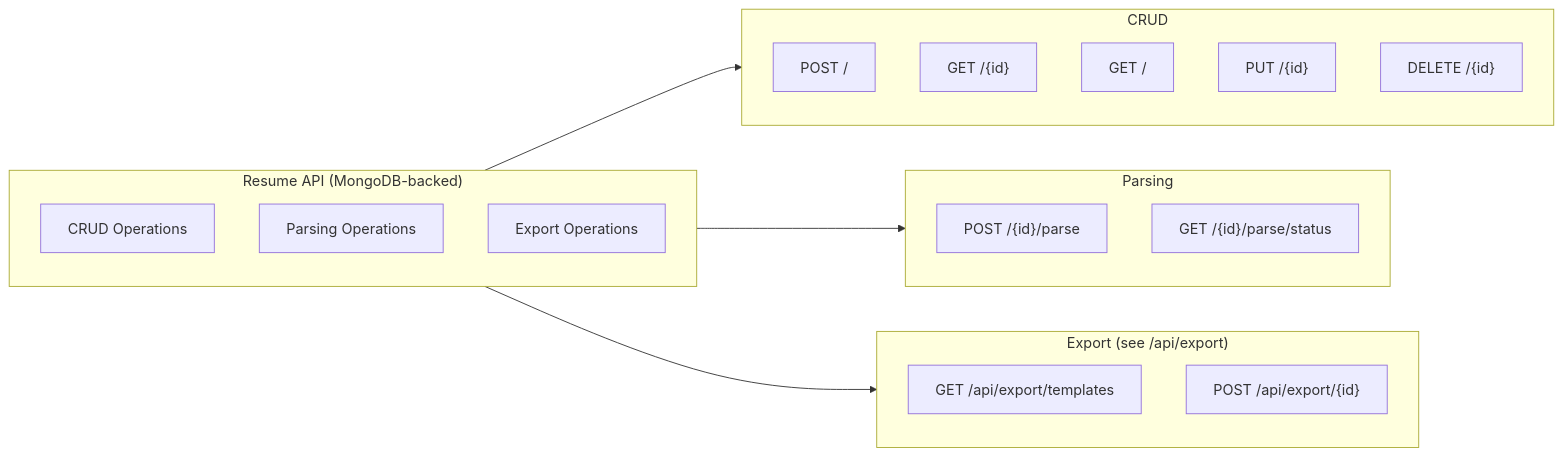
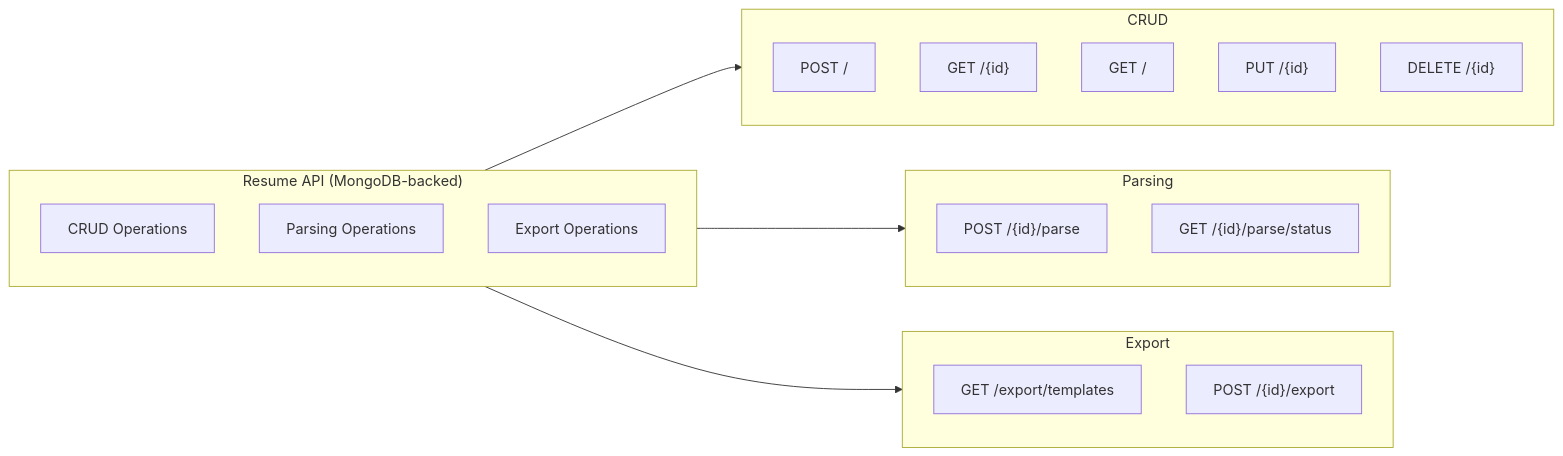
One commit to Sungchunn/AI-Resume-Tailor changed the fifth of 33 diagrams in docs/architecture/system-architecture.md. Above: the diagram before and after it, drawn with Mermaid. The commit also changed other lines of this file, not shown here.

First line of the commit message:
docs: update system architecture with webhook integration and schema corrections

````diff
--- a/docs/architecture/system-architecture.md
+++ b/docs/architecture/system-architecture.md
@@ -244,31 +248,31 @@
 ```mermaid
 flowchart LR
     subgraph Resumes["Resume API (MongoDB-backed)"]
         direction TB
         CRUD["CRUD Operations"]
         Parse["Parsing Operations"]
         Export["Export Operations"]
     end
 
     subgraph CRUD_Ops["CRUD"]
         POST1["POST /"]
         GET1["GET /{id}"]
         GET2["GET /"]
         PUT1["PUT /{id}"]
         DEL1["DELETE /{id}"]
     end
 
     subgraph Parse_Ops["Parsing"]
         POST2["POST /{id}/parse"]
         GET3["GET /{id}/parse/status"]
     end
 
-    subgraph Export_Ops["Export (see /api/export)"]
-        GET4["GET /api/export/templates"]
-        POST3["POST /api/export/{id}"]
+    subgraph Export_Ops["Export"]
+        GET4["GET /export/templates"]
+        POST3["POST /{id}/export"]
     end
 
     CRUD --> CRUD_Ops
     Parse --> Parse_Ops
     Export --> Export_Ops
 ```
````
